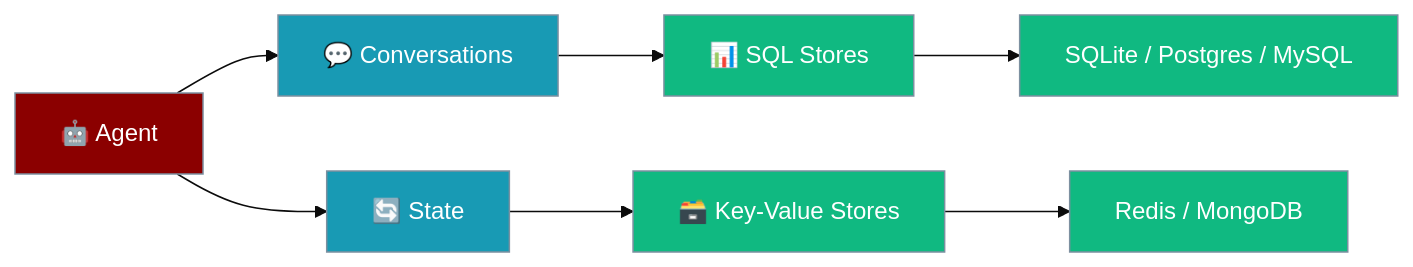
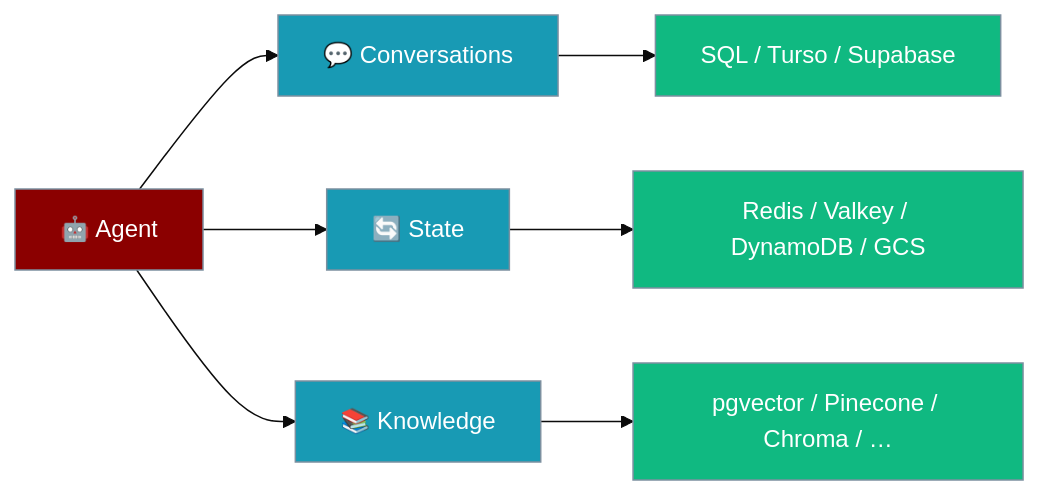
One commit to MervinPraison/PraisonAIDocs changed the first of 2 diagrams in docs/features/persistence.mdx. Above: the diagram before and after it, drawn with Mermaid (base theme). The commit also changed other lines of this file and 1 other file, not shown here.

````diff
--- a/docs/features/persistence.mdx
+++ b/docs/features/persistence.mdx
@@ -25,17 +25,17 @@
 ```mermaid
 graph LR
     Agent[🤖 Agent] --> Conv[💬 Conversations]
     Agent --> State[🔄 State]
-    Conv --> SQL[📊 SQL Stores]
-    State --> KV[🗃️ Key-Value Stores]
-    SQL --> SQLite[SQLite / Postgres / MySQL]
-    KV --> Redis[Redis / MongoDB]
+    Agent --> Know[📚 Knowledge]
+    Conv --> SQL[SQL / Turso / Supabase]
+    State --> KV[Redis / Valkey / DynamoDB / GCS]
+    Know --> Vec[pgvector / Pinecone / Chroma / …]
 
     classDef agent fill:#8B0000,stroke:#7C90A0,color:#fff
     classDef data fill:#189AB4,stroke:#7C90A0,color:#fff
     classDef storage fill:#10B981,stroke:#7C90A0,color:#fff
 
     class Agent agent
-    class Conv,State data
-    class SQL,KV,SQLite,Redis storage
+    class Conv,State,Know data
+    class SQL,KV,Vec storage
 ```
````
